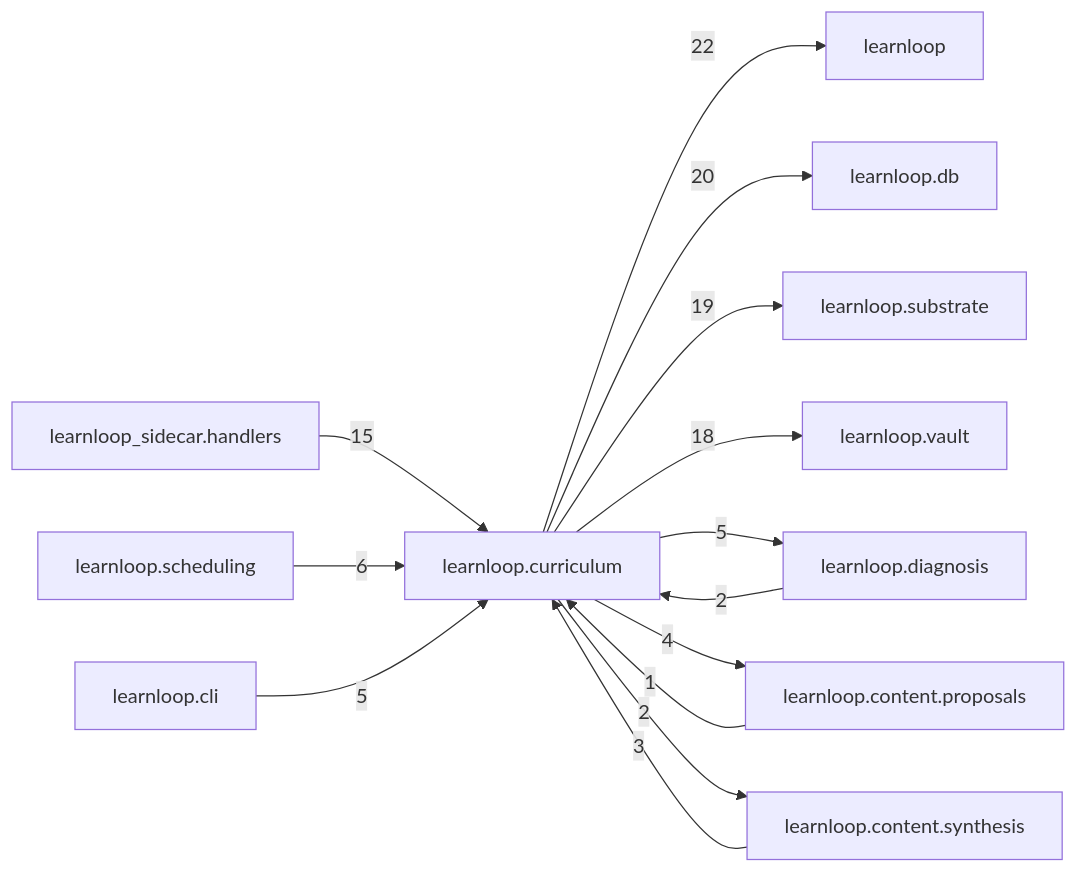
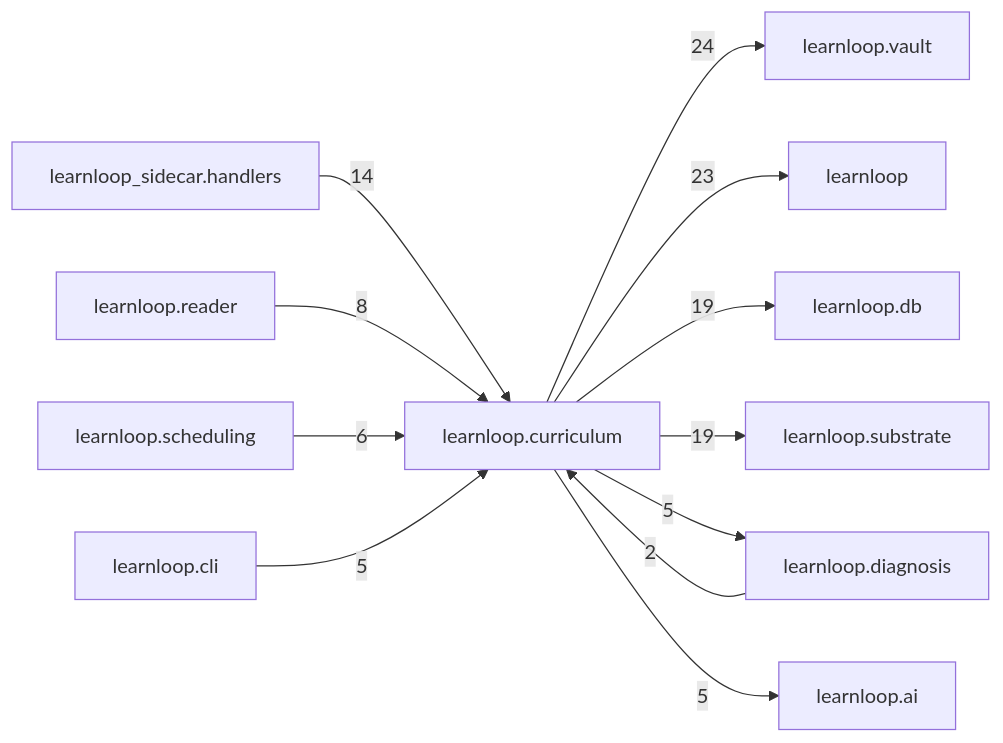
Before and after one commit to 6up-b/learnanything: the diagram in docs/learnloop-architecture-vault/Reference/Modules/learnloop/curriculum/_package.md, drawn with Mermaid. The commit also changed other lines of this file and 1202 other files, not shown here.

````diff
--- a/docs/learnloop-architecture-vault/Reference/Modules/learnloop/curriculum/_package.md
+++ b/docs/learnloop-architecture-vault/Reference/Modules/learnloop/curriculum/_package.md
@@ -125,27 +134,25 @@
 ```mermaid
 flowchart LR
     center["learnloop.curriculum"]
+    n_learnloop_vault["learnloop.vault"]
     n_learnloop["learnloop"]
     n_learnloop_db["learnloop.db"]
     n_learnloop_substrate["learnloop.substrate"]
-    n_learnloop_vault["learnloop.vault"]
     n_learnloop_sidecar_handlers["learnloop_sidecar.handlers"]
+    n_learnloop_reader["learnloop.reader"]
     n_learnloop_diagnosis["learnloop.diagnosis"]
     n_learnloop_scheduling["learnloop.scheduling"]
+    n_learnloop_ai["learnloop.ai"]
     n_learnloop_cli["learnloop.cli"]
-    n_learnloop_content_proposals["learnloop.content.proposals"]
-    n_learnloop_content_synthesis["learnloop.content.synthesis"]
-    center -->|22| n_learnloop
-    center -->|20| n_learnloop_db
+    center -->|24| n_learnloop_vault
+    center -->|23| n_learnloop
+    center -->|19| n_learnloop_db
     center -->|19| n_learnloop_substrate
-    center -->|18| n_learnloop_vault
-    n_learnloop_sidecar_handlers -->|15| center
+    n_learnloop_sidecar_handlers -->|14| center
+    n_learnloop_reader -->|8| center
     n_learnloop_diagnosis -->|2| center
     center -->|5| n_learnloop_diagnosis
     n_learnloop_scheduling -->|6| center
+    center -->|5| n_learnloop_ai
     n_learnloop_cli -->|5| center
-    n_learnloop_content_proposals -->|1| center
-    center -->|4| n_learnloop_content_proposals
-    n_learnloop_content_synthesis -->|3| center
-    center -->|2| n_learnloop_content_synthesis
 ```
````
